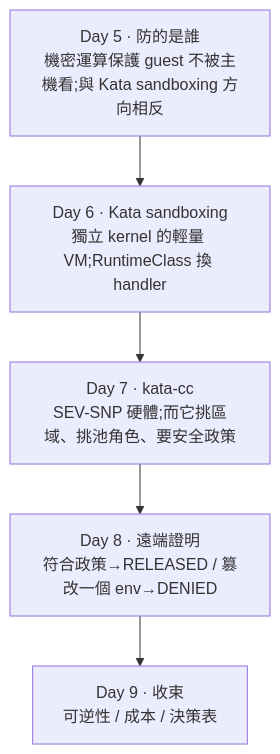
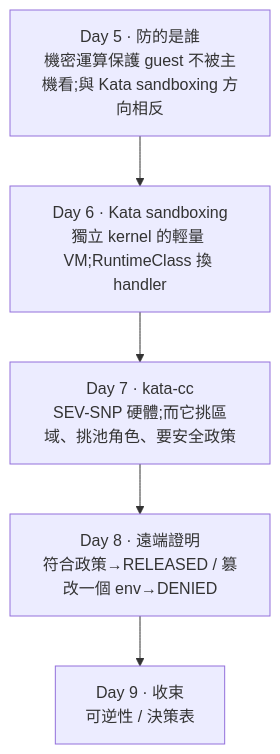
The diagram in docs/runbook/sprint4-day9-decision-matrix.md (DeepWaveLab/CloudNativePracticing), drawn with Mermaid before and after one commit. The commit also changed other lines of this file and 73 other files, not shown here.

````diff
--- a/docs/runbook/sprint4-day9-decision-matrix.md
+++ b/docs/runbook/sprint4-day9-decision-matrix.md
@@ -14,9 +14,9 @@
 ```mermaid
 flowchart TB
     A["Day 5 · 防的是誰<br/>機密運算保護 guest 不被主機看;與 Kata sandboxing 方向相反"]
     B["Day 6 · Kata sandboxing<br/>獨立 kernel 的輕量 VM;RuntimeClass 換 handler"]
     C["Day 7 · kata-cc<br/>SEV-SNP 硬體;而它挑區域、挑池角色、要安全政策"]
     D["Day 8 · 遠端證明<br/>符合政策→RELEASED / 篡改一個 env→DENIED"]
-    E["Day 9 · 收束<br/>可逆性 / 成本 / 決策表"]
+    E["Day 9 · 收束<br/>可逆性 / 決策表"]
     A --> B --> C --> D --> E
 ```
````
